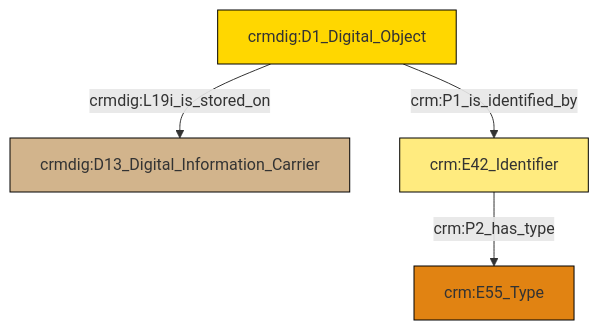
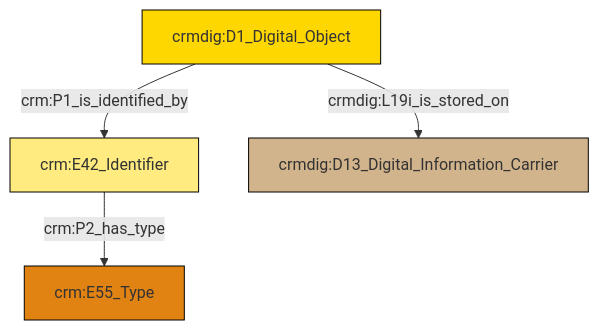
Before and after one commit to swiss-art-research-net/docs.swissartresearch: the diagram in et/doCSV/ttl/mmd/do_location.ttl.mmd, drawn with Mermaid. The commit also changed 178 other files, not shown here.

```diff
--- a/et/doCSV/ttl/mmd/do_location.ttl.mmd
+++ b/et/doCSV/ttl/mmd/do_location.ttl.mmd
@@ -1,18 +1,18 @@
 graph TD
 classDef Literal fill:#f2f2f2,stroke:#000000;
 classDef CRM_Entity fill:#FFFFFF,stroke:#000000;
 classDef Temporal_Entity fill:#00C9E6, stroke:#000000;
 classDef Type fill:#E18312, stroke:#000000;
 classDef Time-Span fill:#2C9C91, stroke:#000000;
 classDef Appellation fill:#FFEB7F, stroke:#000000;
 classDef Place fill:#008836, stroke:#000000;
 classDef Persistent_Item fill:#B266B2, stroke:#000000;
 classDef Conceptual_Object fill:#FFD700, stroke:#000000;
 classDef Physical_Thing fill:#D2B48C, stroke:#000000;
 classDef Actor fill:#f58aad, stroke:#000000;
 classDef PC_Classes fill:#4ce600, stroke:#000000;
 classDef Multi fill:#cccccc,stroke:#000000;
 
-0["crmdig:D1_Digital_Object"]:::Conceptual_Object -->|crmdig:L19i_is_stored_on| 1["crmdig:D13_Digital_Information_Carrier"]:::Physical_Thing
-2["crm:E42_Identifier"]:::Appellation -->|crm:P2_has_type| 3["crm:E55_Type"]:::Type
-0["crmdig:D1_Digital_Object"]:::Conceptual_Object -->|crm:P1_is_identified_by| 2["crm:E42_Identifier"]:::Appellation
+0["crmdig:D1_Digital_Object"]:::Conceptual_Object -->|crm:P1_is_identified_by| 1["crm:E42_Identifier"]:::Appellation
+0["crmdig:D1_Digital_Object"]:::Conceptual_Object -->|crmdig:L19i_is_stored_on| 3["crmdig:D13_Digital_Information_Carrier"]:::Physical_Thing
+1["crm:E42_Identifier"]:::Appellation -->|crm:P2_has_type| 4["crm:E55_Type"]:::Type
```
